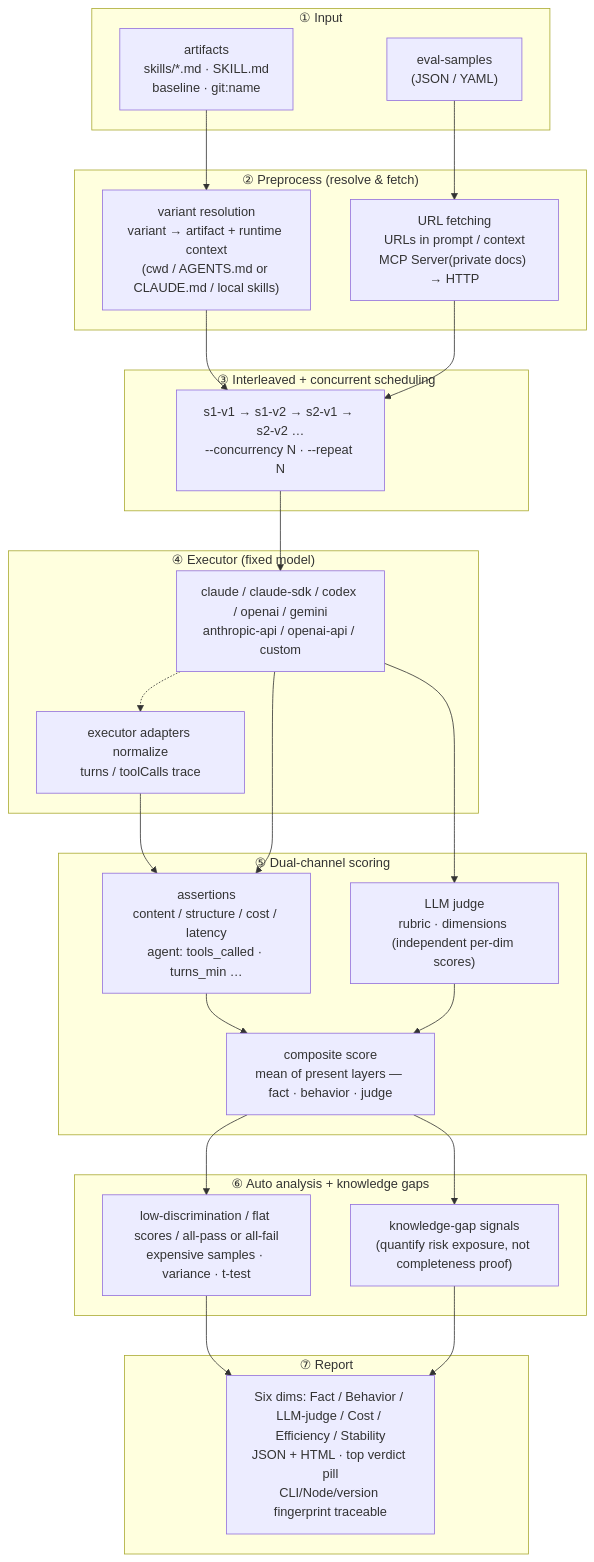
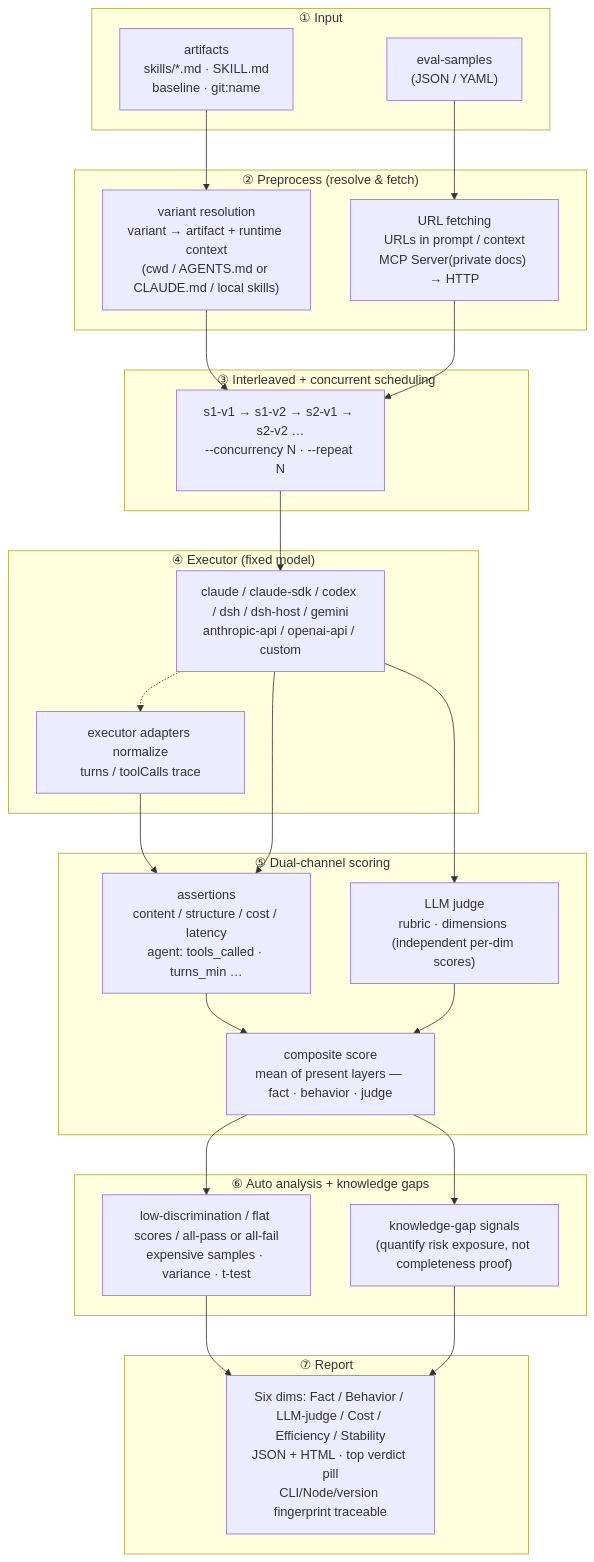
Before and after one commit to lizhiyao/oh-my-knowledge: the first of 2 diagrams in docs/explanation/architecture.md, drawn with Mermaid. The commit also changed other lines of this file and 34 other files, not shown here.

````diff
--- a/docs/explanation/architecture.md
+++ b/docs/explanation/architecture.md
@@ -5,52 +5,52 @@
 ```mermaid
 flowchart TD
     subgraph Input["① Input"]
         S["eval-samples<br/>(JSON / YAML)"]
         A["artifacts<br/>skills/*.md · SKILL.md<br/>baseline · git:name"]
     end
 
     subgraph Prep["② Preprocess (resolve & fetch)"]
         V["variant resolution<br/>variant → artifact + runtime context<br/>(cwd / AGENTS.md or CLAUDE.md / local skills)"]
         U["URL fetching<br/>URLs in prompt / context<br/>MCP Server(private docs) → HTTP"]
     end
 
     subgraph Schedule["③ Interleaved + concurrent scheduling"]
         Q["s1-v1 → s1-v2 → s2-v1 → s2-v2 …<br/>--concurrency N · --repeat N"]
     end
 
     subgraph Exec["④ Executor (fixed model)"]
-        E["claude / claude-sdk / codex / openai / gemini<br/>anthropic-api / openai-api / custom"]
+        E["claude / claude-sdk / codex / dsh / dsh-host / gemini<br/>anthropic-api / openai-api / custom"]
         T["executor adapters normalize<br/>turns / toolCalls trace"]
         E -.-> T
     end
 
     subgraph Score["⑤ Dual-channel scoring"]
         AS["assertions<br/>content / structure / cost / latency<br/>agent: tools_called · turns_min …"]
         LS["LLM judge<br/>rubric · dimensions (independent per-dim scores)"]
         CS["composite score<br/>mean of present layers — fact · behavior · judge"]
         AS --> CS
         LS --> CS
     end
 
     subgraph Analyze["⑥ Auto analysis + knowledge gaps"]
         D["low-discrimination / flat scores / all-pass or all-fail<br/>expensive samples · variance · t-test"]
         G["knowledge-gap signals<br/>(quantify risk exposure, not completeness proof)"]
     end
 
     subgraph Report["⑦ Report"]
         R["Six dims: Fact / Behavior / LLM-judge / Cost / Efficiency / Stability<br/>JSON + HTML · top verdict pill<br/>CLI/Node/version fingerprint traceable"]
     end
 
     S --> U
     A --> V
     V --> Q
     U --> Q
     Q --> E
     T --> AS
     E --> AS
     E --> LS
     CS --> D
     CS --> G
     D --> R
     G --> R
 ```
````
